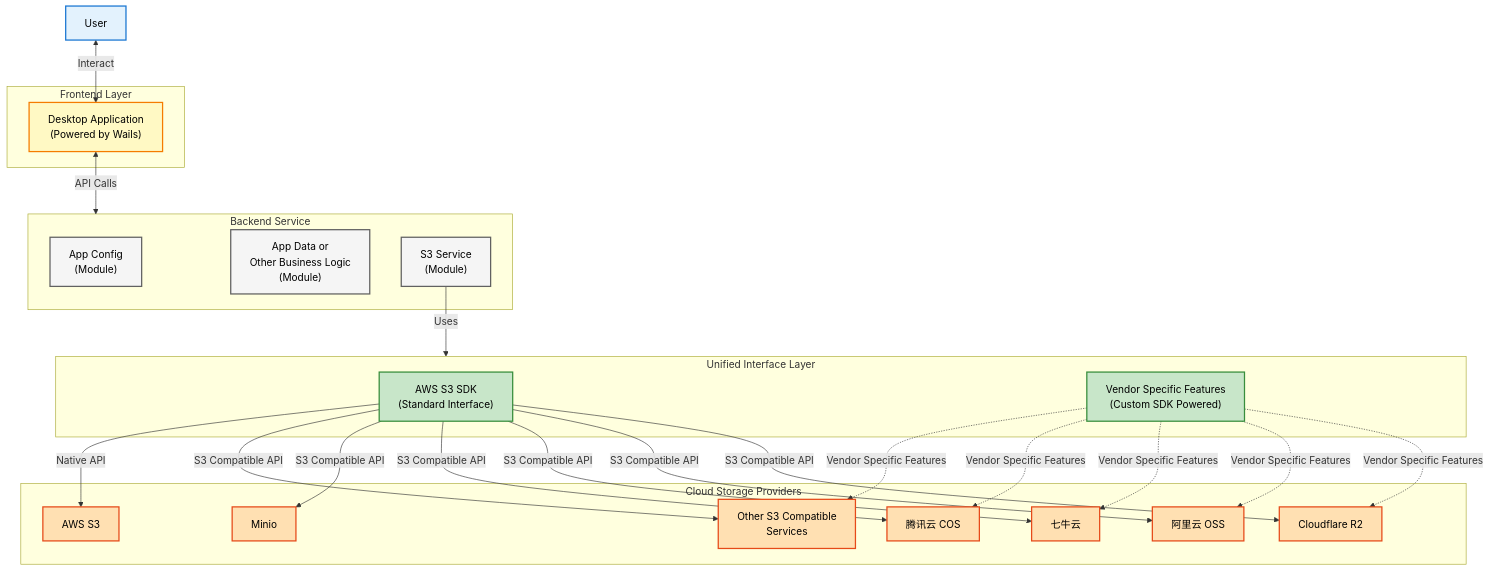
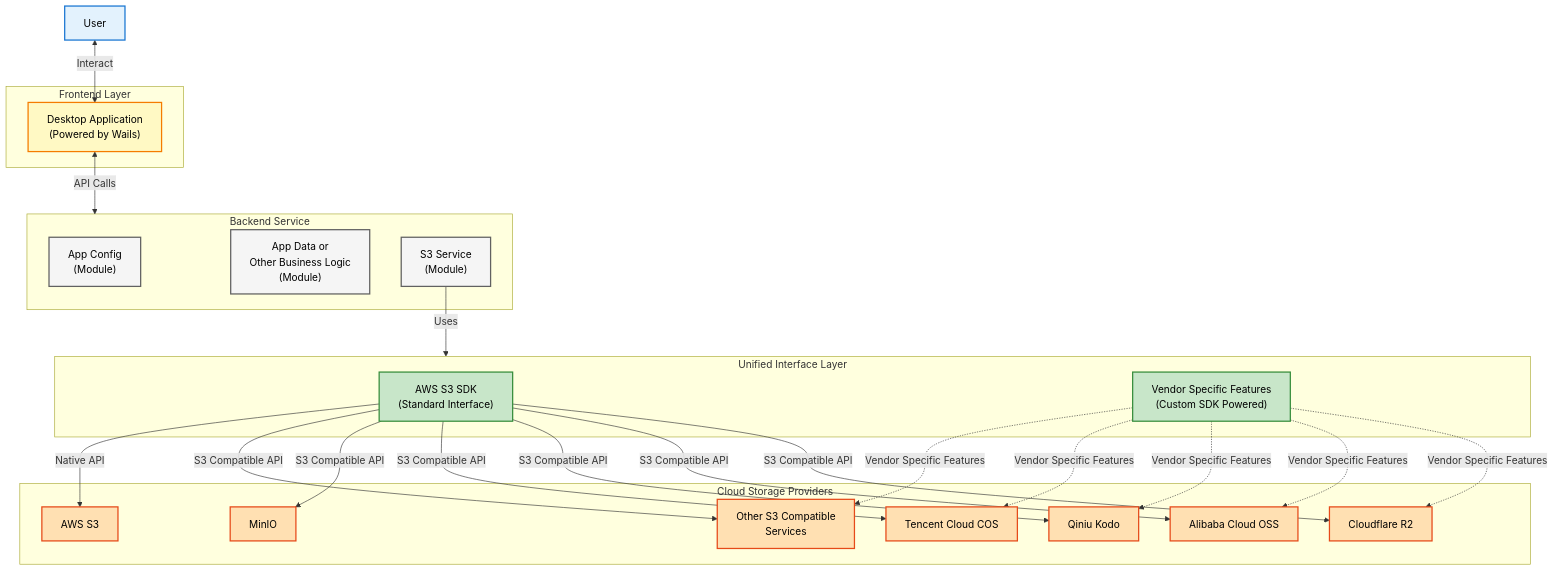
The diagram in README.md (100gle/can), drawn with Mermaid before and after one commit. The commit also changed other lines of this file and 52 other files, not shown here.

````diff
--- a/README.md
+++ b/README.md
@@ -55,57 +23,57 @@
 ```mermaid
 ---
 config:
   layout: dagre
 ---
 flowchart TB
  User["User"]
  subgraph Frontend["Frontend Layer<br>"]
         Desktop["Desktop Application<br>(Powered by Wails)"]
   end
  subgraph Backend["Backend Service"]
         Config["App Config<br>(Module)"]
         Logic["App Data or<br>Other Business Logic<br>(Module)"]
         S3Service["S3 Service<br>(Module)"]
   end
  subgraph UnifiedInterface["Unified Interface Layer"]
         AWSSDK["AWS S3 SDK<br>(Standard Interface)"]
         VendorSDK["Vendor Specific Features<br>(Custom SDK Powered)"]
   end
  subgraph Providers["Cloud Storage Providers"]
         CF["Cloudflare R2"]
-        AliOSS["阿里云 OSS"]
-        QiNiu["七牛云"]
-        TencentCOS["腾讯云 COS"]
+        AliOSS["Alibaba Cloud OSS"]
+        QiNiu["Qiniu Kodo"]
+        TencentCOS["Tencent Cloud COS"]
         AWSS3["AWS S3"]
-        Minio["Minio"]
+        Minio["MinIO"]
         Other["Other S3 Compatible<br>Services"]
   end
     User <-- Interact --> Desktop
     Desktop <-- API Calls --> Backend
     %% Config -. Configuration .- S3Service
     %% Logic -. Business Logic .-> S3Service
     S3Service -- Uses --> UnifiedInterface
     AWSSDK -- S3 Compatible API --> CF & AliOSS & QiNiu & TencentCOS & Minio & Other
     AWSSDK -- Native API --> AWSS3
     VendorSDK -. Vendor Specific Features .-> CF & AliOSS & QiNiu & TencentCOS & Other
 
      User:::userStyle
      Desktop:::frontendStyle
      Config:::backendStyle
      Logic:::backendStyle
      S3Service:::backendStyle
      AWSSDK:::interfaceStyle
      VendorSDK:::interfaceStyle
      CF:::providerStyle
      AliOSS:::providerStyle
      QiNiu:::providerStyle
      TencentCOS:::providerStyle
      AWSS3:::providerStyle
      Minio:::providerStyle
      Other:::providerStyle
-    classDef userStyle fill:#e3f2fd,stroke:#1976d2,stroke-width:2px,color:#000
-    classDef frontendStyle fill:#fff9c4,stroke:#f57c00,stroke-width:2px,color:#000
-    classDef backendStyle fill:#f5f5f5,stroke:#616161,stroke-width:2px,color:#000
-    classDef interfaceStyle fill:#c8e6c9,stroke:#388e3c,stroke-width:2px,color:#000
-    classDef providerStyle fill:#ffe0b2,stroke:#e64a19,stroke-width:2px,color:#000
+     classDef userStyle fill:#e3f2fd,stroke:#1976d2,stroke-width:2px,color:#000
+     classDef frontendStyle fill:#fff9c4,stroke:#f57c00,stroke-width:2px,color:#000
+     classDef backendStyle fill:#f5f5f5,stroke:#616161,stroke-width:2px,color:#000
+     classDef interfaceStyle fill:#c8e6c9,stroke:#388e3c,stroke-width:2px,color:#000
+     classDef providerStyle fill:#ffe0b2,stroke:#e64a19,stroke-width:2px,color:#000
 ```
````
